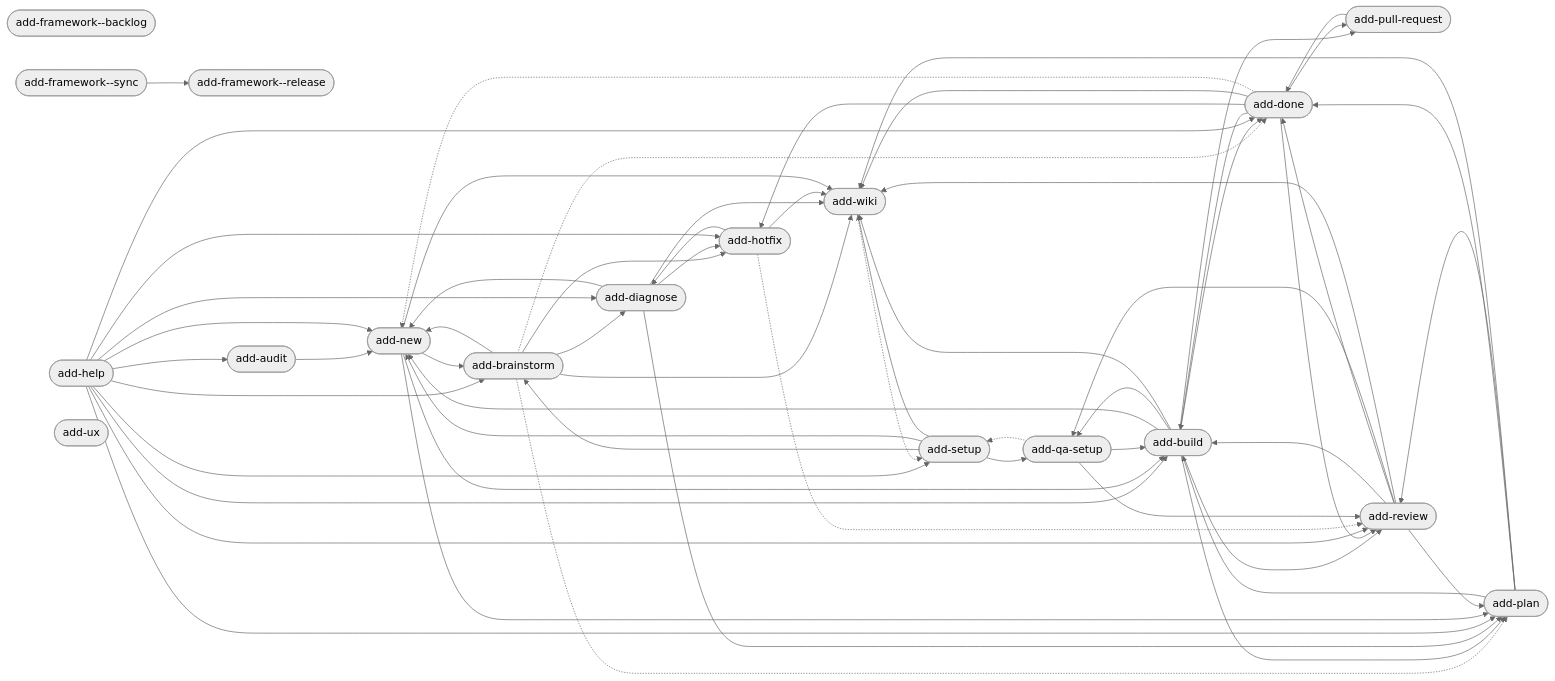
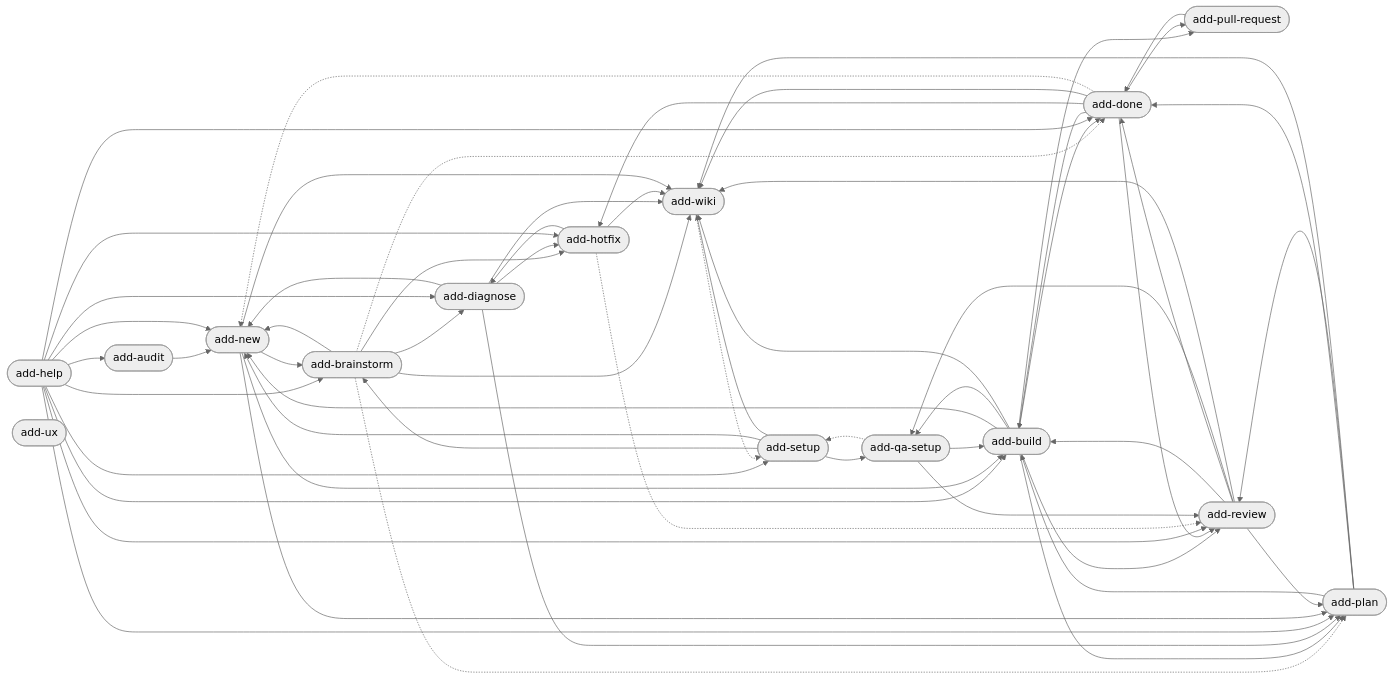
One commit to brabos-ai/code-addiction changed the diagram in web/public/artefact-graph.mmd. Above: the diagram before and after it, drawn with Mermaid (neutral theme). The commit also changed 1 other file, not shown here.

Commit message:
fix(graph): public Mermaid diagram keeps product nodes only (0068B F12)
toMermaid gains a layers filter and DOCS_PROFILE keeps layer product, so the docs graph no
longer draws add-framework--* commands users cannot install. mermaid --write and the
is-current test still share the one profile.

F-block: F12

```diff
--- a/web/public/artefact-graph.mmd
+++ b/web/public/artefact-graph.mmd
@@ -1,79 +1,75 @@
 flowchart LR
-    n_internal_command_add_framework__backlog(["add-framework--backlog"])
-    n_internal_command_add_framework__release(["add-framework--release"])
-    n_internal_command_add_framework__sync(["add-framework--sync"])
     n_product_command_add_audit(["add-audit"])
     n_product_command_add_brainstorm(["add-brainstorm"])
     n_product_command_add_build(["add-build"])
     n_product_command_add_diagnose(["add-diagnose"])
     n_product_command_add_done(["add-done"])
     n_product_command_add_help(["add-help"])
     n_product_command_add_hotfix(["add-hotfix"])
     n_product_command_add_new(["add-new"])
     n_product_command_add_plan(["add-plan"])
     n_product_command_add_pull_request(["add-pull-request"])
     n_product_command_add_qa_setup(["add-qa-setup"])
     n_product_command_add_review(["add-review"])
     n_product_command_add_setup(["add-setup"])
     n_product_command_add_ux(["add-ux"])
     n_product_command_add_wiki(["add-wiki"])
-    n_internal_command_add_framework__sync --> n_internal_command_add_framework__release
     n_product_command_add_audit --> n_product_command_add_new
     n_product_command_add_brainstorm --> n_product_command_add_diagnose
     n_product_command_add_brainstorm --> n_product_command_add_hotfix
     n_product_command_add_brainstorm --> n_product_command_add_new
     n_product_command_add_brainstorm --> n_product_command_add_wiki
     n_product_command_add_brainstorm -.-> n_product_command_add_done
     n_product_command_add_brainstorm -.-> n_product_command_add_plan
     n_product_command_add_build --> n_product_command_add_done
     n_product_command_add_build --> n_product_command_add_new
     n_product_command_add_build --> n_product_command_add_plan
     n_product_command_add_build --> n_product_command_add_pull_request
     n_product_command_add_build --> n_product_command_add_qa_setup
     n_product_command_add_build --> n_product_command_add_review
     n_product_command_add_build --> n_product_command_add_wiki
     n_product_command_add_diagnose --> n_product_command_add_hotfix
     n_product_command_add_diagnose --> n_product_command_add_new
     n_product_command_add_diagnose --> n_product_command_add_plan
     n_product_command_add_diagnose --> n_product_command_add_wiki
     n_product_command_add_done --> n_product_command_add_build
     n_product_command_add_done --> n_product_command_add_hotfix
     n_product_command_add_done --> n_product_command_add_pull_request
     n_product_command_add_done --> n_product_command_add_review
     n_product_command_add_done --> n_product_command_add_wiki
     n_product_command_add_done -.-> n_product_command_add_new
     n_product_command_add_help --> n_product_command_add_audit
     n_product_command_add_help --> n_product_command_add_brainstorm
     n_product_command_add_help --> n_product_command_add_build
     n_product_command_add_help --> n_product_command_add_diagnose
     n_product_command_add_help --> n_product_command_add_done
     n_product_command_add_help --> n_product_command_add_hotfix
     n_product_command_add_help --> n_product_command_add_new
     n_product_command_add_help --> n_product_command_add_plan
     n_product_command_add_help --> n_product_command_add_review
     n_product_command_add_help --> n_product_command_add_setup
     n_product_command_add_hotfix --> n_product_command_add_diagnose
     n_product_command_add_hotfix --> n_product_command_add_wiki
     n_product_command_add_hotfix -.-> n_product_command_add_review
     n_product_command_add_new --> n_product_command_add_brainstorm
     n_product_command_add_new --> n_product_command_add_build
     n_product_command_add_new --> n_product_command_add_plan
     n_product_command_add_new --> n_product_command_add_wiki
     n_product_command_add_plan --> n_product_command_add_build
     n_product_command_add_plan --> n_product_command_add_done
     n_product_command_add_plan --> n_product_command_add_review
     n_product_command_add_plan --> n_product_command_add_wiki
     n_product_command_add_pull_request --> n_product_command_add_done
     n_product_command_add_qa_setup --> n_product_command_add_build
     n_product_command_add_qa_setup --> n_product_command_add_review
     n_product_command_add_qa_setup -.-> n_product_command_add_setup
     n_product_command_add_review --> n_product_command_add_build
     n_product_command_add_review --> n_product_command_add_done
     n_product_command_add_review --> n_product_command_add_plan
     n_product_command_add_review --> n_product_command_add_qa_setup
     n_product_command_add_review --> n_product_command_add_wiki
     n_product_command_add_setup --> n_product_command_add_brainstorm
     n_product_command_add_setup --> n_product_command_add_new
     n_product_command_add_setup --> n_product_command_add_qa_setup
     n_product_command_add_setup --> n_product_command_add_wiki
     n_product_command_add_wiki -.-> n_product_command_add_setup
```
